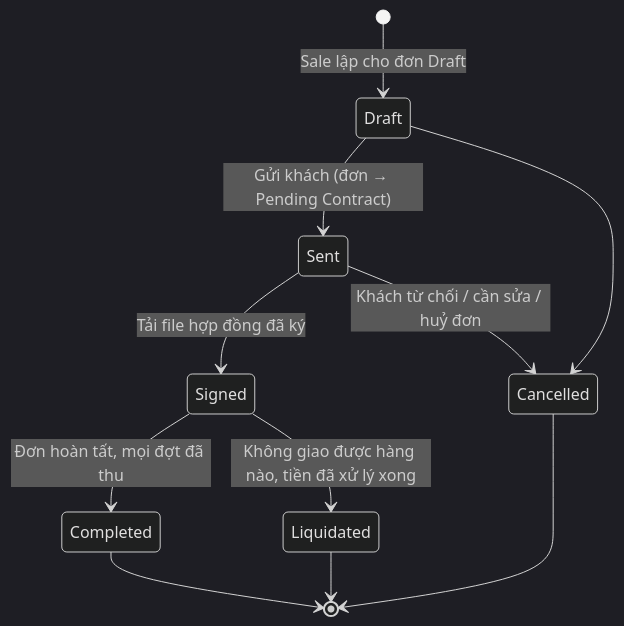
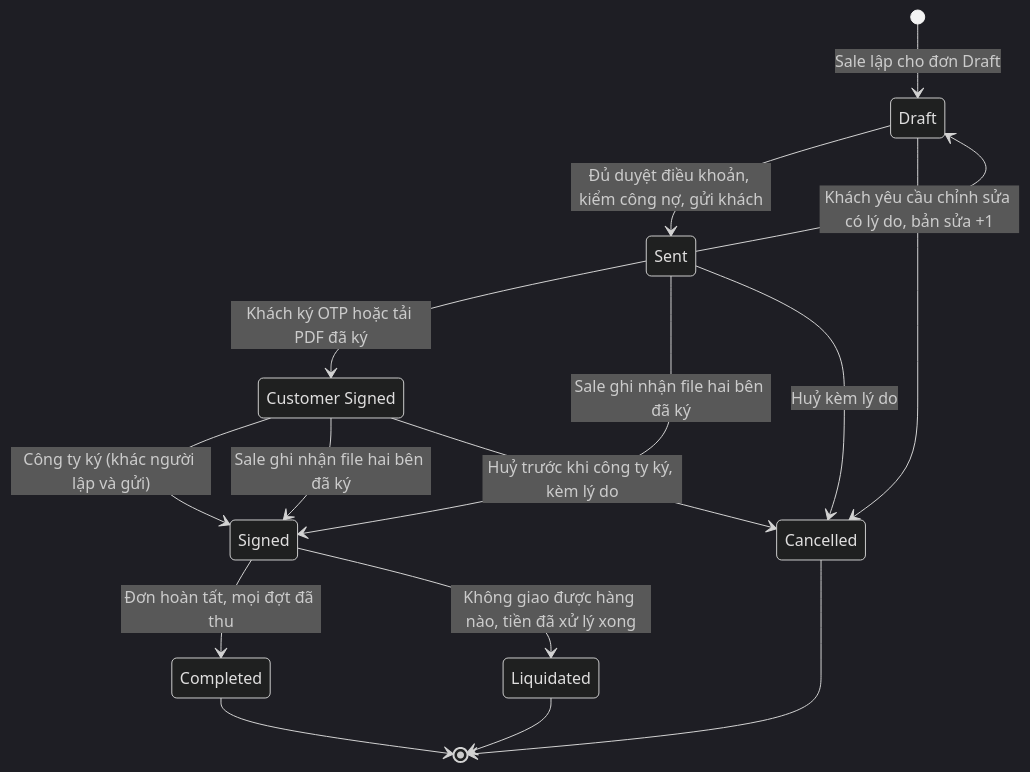
The second of 3 diagrams in docs/ecommerce/14-cart-and-order/README.md (KLTN-FA26/docs), drawn with Mermaid (dark theme) before and after one commit. The commit also changed other lines of this file and 7 other files, not shown here.

First line of the commit message:
docs: hợp đồng ký điện tử trên hệ thống - khách ký OTP, công ty ký số, thương lượng và duyệt điều khoản

````diff
--- a/docs/ecommerce/14-cart-and-order/README.md
+++ b/docs/ecommerce/14-cart-and-order/README.md
@@ -271,13 +302,19 @@
 ```mermaid
 stateDiagram-v2
+    state "Customer Signed" as CustomerSigned
     [*] --> Draft: Sale lập cho đơn Draft
-    Draft --> Sent: Gửi khách (đơn → Pending Contract)
-    Sent --> Signed: Tải file hợp đồng đã ký
+    Draft --> Sent: Đủ duyệt điều khoản, kiểm công nợ, gửi khách
+    Sent --> Draft: Khách yêu cầu chỉnh sửa có lý do, bản sửa +1
+    Sent --> CustomerSigned: Khách ký OTP hoặc tải PDF đã ký
+    CustomerSigned --> Signed: Công ty ký (khác người lập và gửi)
+    Sent --> Signed: Sale ghi nhận file hai bên đã ký
+    CustomerSigned --> Signed: Sale ghi nhận file hai bên đã ký
     Signed --> Completed: Đơn hoàn tất, mọi đợt đã thu
     Signed --> Liquidated: Không giao được hàng nào, tiền đã xử lý xong
     Draft --> Cancelled
-    Sent --> Cancelled: Khách từ chối / cần sửa / huỷ đơn
+    Sent --> Cancelled: Huỷ kèm lý do
+    CustomerSigned --> Cancelled: Huỷ trước khi công ty ký, kèm lý do
     Completed --> [*]
     Liquidated --> [*]
     Cancelled --> [*]
 ```
````
